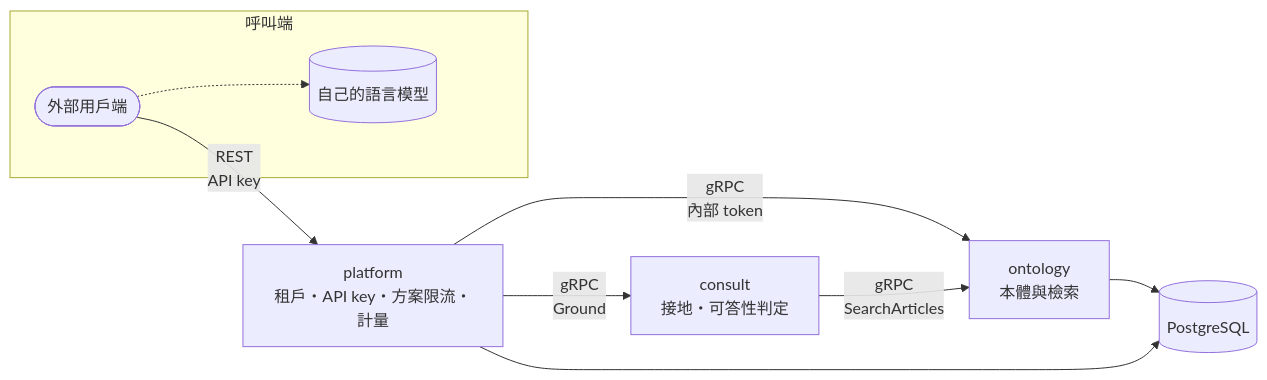
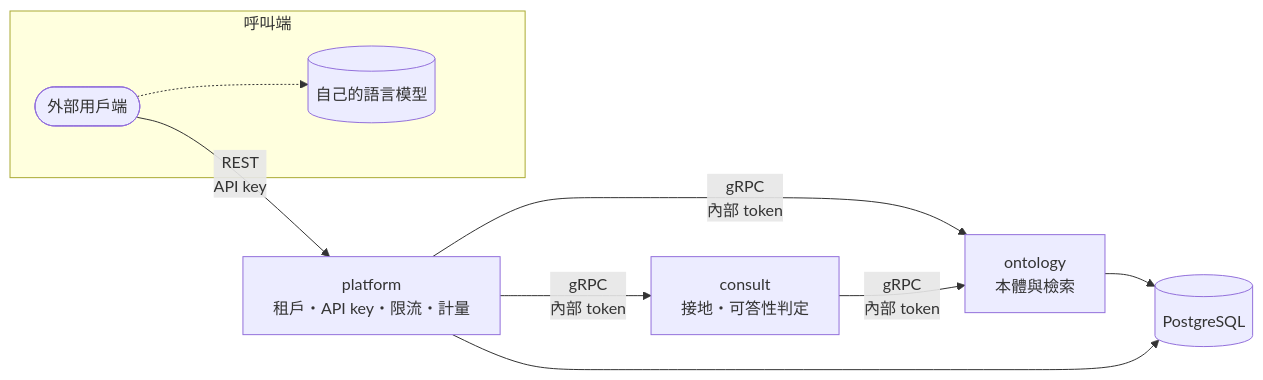
One commit to elihu0211/envcite changed the diagram in README.md. Above: the diagram before and after it, drawn with Mermaid. The commit also changed other lines of this file and 1 other file, not shown here.

````diff
--- a/README.md
+++ b/README.md
@@ -18,21 +28,21 @@
 ```mermaid
 flowchart LR
     client([外部用戶端])
-    platform["platform<br/>租戶・API key・方案限流・計量"]
+    platform["platform<br/>租戶・API key・限流・計量"]
     ontology["ontology<br/>本體與檢索"]
     consult["consult<br/>接地・可答性判定"]
     pg[(PostgreSQL)]
 
     subgraph caller [呼叫端]
         client
         llm[(自己的語言模型)]
     end
 
     client -- "REST<br/>API key" --> platform
     platform -- "gRPC<br/>內部 token" --> ontology
-    platform -- "gRPC<br/>Ground" --> consult
-    consult -- "gRPC<br/>SearchArticles" --> ontology
+    platform -- "gRPC<br/>內部 token" --> consult
+    consult -- "gRPC<br/>內部 token" --> ontology
     client -.-> llm
     ontology --> pg
     platform --> pg
 ```
````
